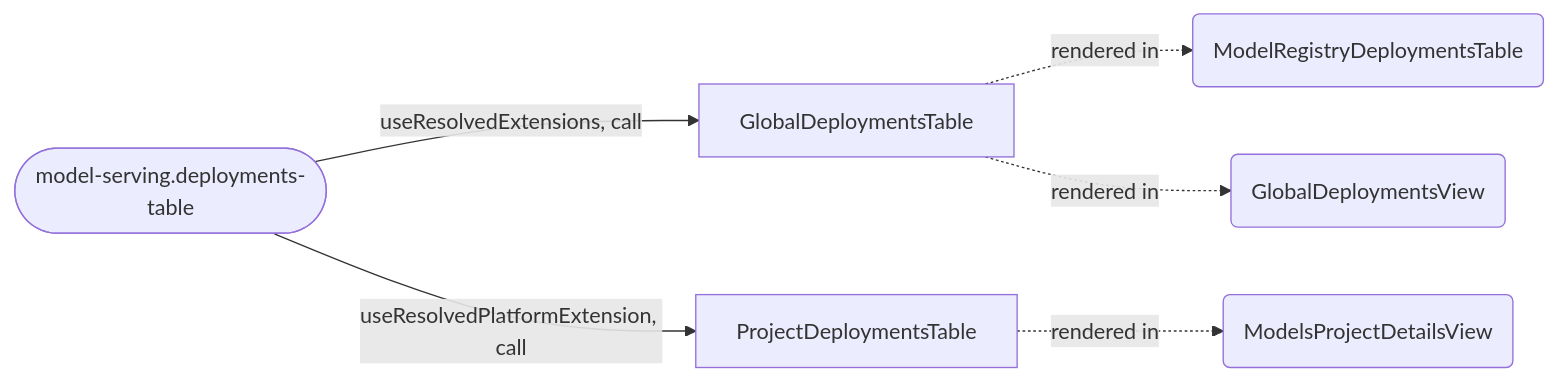
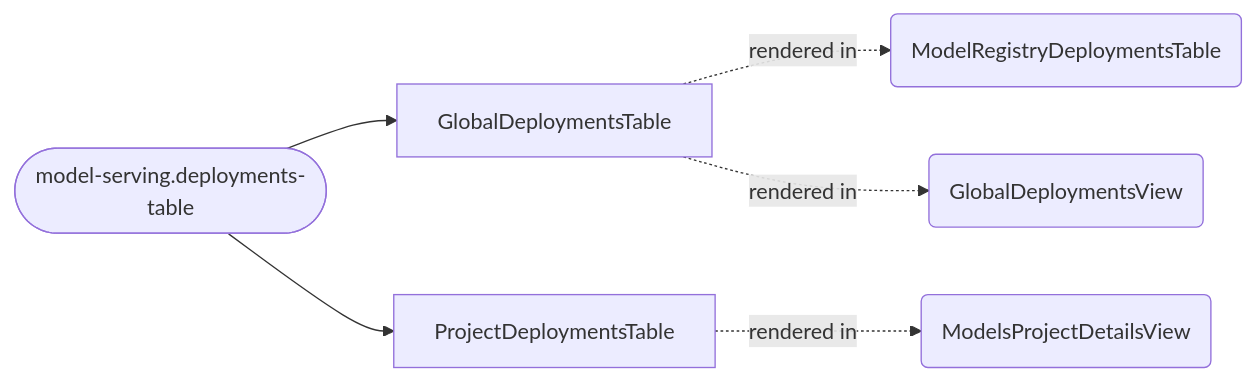
One commit to mturley/odh-dashboard changed diagram 11 of 19 in packages/model-serving/docs/extensions.md. Above: the diagram before and after it, drawn with Mermaid. The commit also changed other lines of this file and 28 other files, not shown here.

````diff
--- a/packages/model-serving/docs/extensions.md
+++ b/packages/model-serving/docs/extensions.md
@@ -689,15 +763,15 @@
 ```mermaid
 flowchart LR
   classDef point stroke-width:1px
   n_model_serving_deployments_table_67792c(["model-serving.deployments-table"]):::point
   n_symbol_packages_model_serving_src_components_global_GlobalDeploymentsTable_tsx_GlobalDeploymentsTable_f5e0a4["GlobalDeploymentsTable"]
-  n_model_serving_deployments_table_67792c -- "useResolvedExtensions, call" --> n_symbol_packages_model_serving_src_components_global_GlobalDeploymentsTable_tsx_GlobalDeploymentsTable_f5e0a4
+  n_model_serving_deployments_table_67792c --> n_symbol_packages_model_serving_src_components_global_GlobalDeploymentsTable_tsx_GlobalDeploymentsTable_f5e0a4
   n_symbol_packages_model_serving_src_components_projectDetails_ProjectDeploymentsTable_tsx_ProjectDeploymentsTable_97a434["ProjectDeploymentsTable"]
-  n_model_serving_deployments_table_67792c -- "useResolvedPlatformExtension, call" --> n_symbol_packages_model_serving_src_components_projectDetails_ProjectDeploymentsTable_tsx_ProjectDeploymentsTable_97a434
+  n_model_serving_deployments_table_67792c --> n_symbol_packages_model_serving_src_components_projectDetails_ProjectDeploymentsTable_tsx_ProjectDeploymentsTable_97a434
   n_symbol_packages_model_serving_modelRegistry_ModelRegistryDeploymentsTable_tsx_ModelRegistryDeploymentsTable_6948c7("ModelRegistryDeploymentsTable")
   n_symbol_packages_model_serving_src_components_global_GlobalDeploymentsView_tsx_GlobalDeploymentsView_65ef1e("GlobalDeploymentsView")
   n_symbol_packages_model_serving_src_components_projectDetails_ModelsProjectDetailsView_tsx_ModelsProjectDetailsView_00505c("ModelsProjectDetailsView")
   n_symbol_packages_model_serving_src_components_global_GlobalDeploymentsTable_tsx_GlobalDeploymentsTable_f5e0a4 -. "rendered in" .-> n_symbol_packages_model_serving_modelRegistry_ModelRegistryDeploymentsTable_tsx_ModelRegistryDeploymentsTable_6948c7
   n_symbol_packages_model_serving_src_components_global_GlobalDeploymentsTable_tsx_GlobalDeploymentsTable_f5e0a4 -. "rendered in" .-> n_symbol_packages_model_serving_src_components_global_GlobalDeploymentsView_tsx_GlobalDeploymentsView_65ef1e
   n_symbol_packages_model_serving_src_components_projectDetails_ProjectDeploymentsTable_tsx_ProjectDeploymentsTable_97a434 -. "rendered in" .-> n_symbol_packages_model_serving_src_components_projectDetails_ModelsProjectDetailsView_tsx_ModelsProjectDetailsView_00505c
 ```
````
